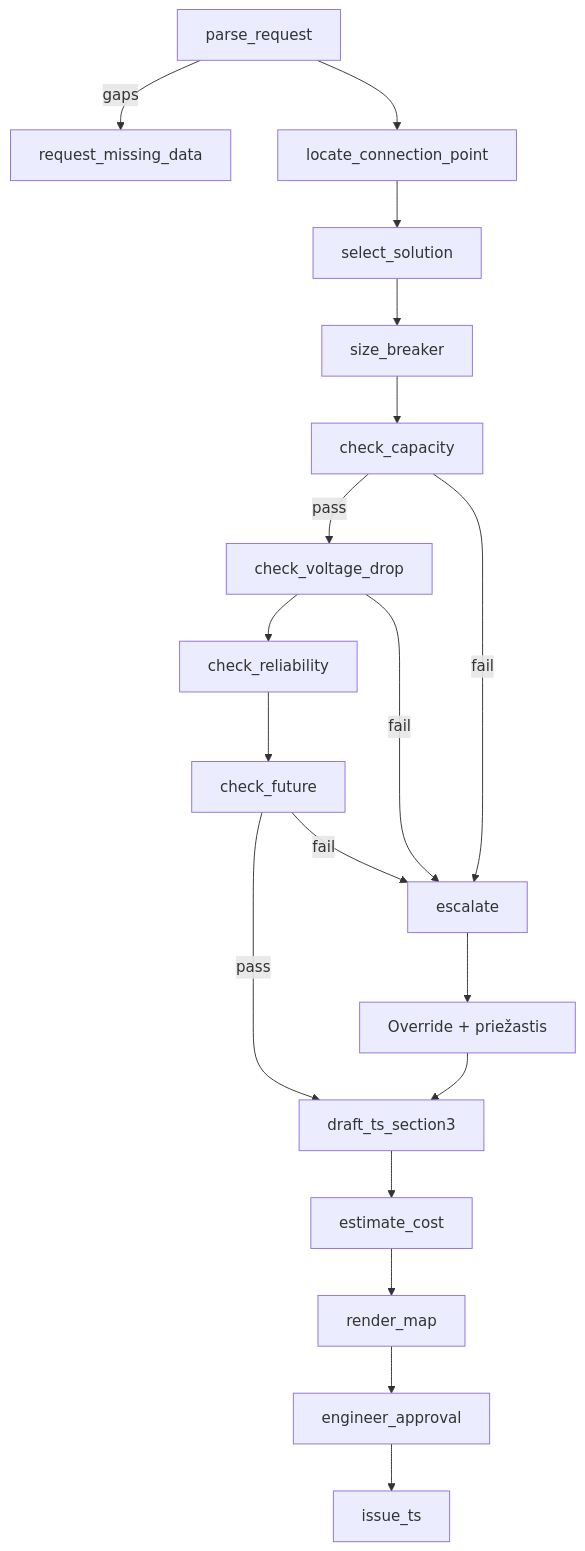
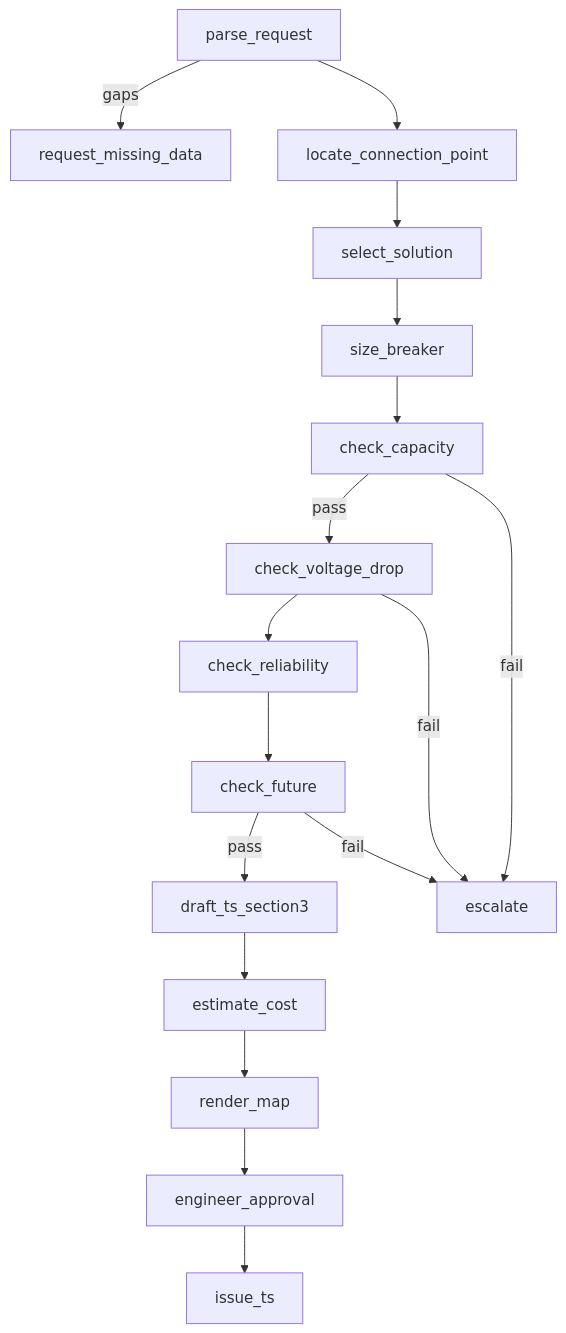
Before and after one commit to VentureJuozas/ESO-automation: the second of 2 diagrams in docs/ARCHITECTURE.md, drawn with Mermaid. The commit also changed other lines of this file and 27 other files, not shown here.

````diff
--- a/docs/ARCHITECTURE.md
+++ b/docs/ARCHITECTURE.md
@@ -18,13 +21,11 @@
 ```mermaid
 flowchart TD
   parse_request -->|gaps| request_missing_data
   parse_request --> locate_connection_point --> select_solution --> size_breaker
   size_breaker --> check_capacity
   check_capacity -->|pass| check_voltage_drop --> check_reliability --> check_future
   check_future -->|pass| draft_ts_section3 --> estimate_cost --> render_map --> engineer_approval --> issue_ts
   check_capacity -->|fail| escalate
   check_voltage_drop -->|fail| escalate
   check_future -->|fail| escalate
-  escalate --> engineer_override[Override + priežastis]
-  engineer_override --> draft_ts_section3
 ```
````
